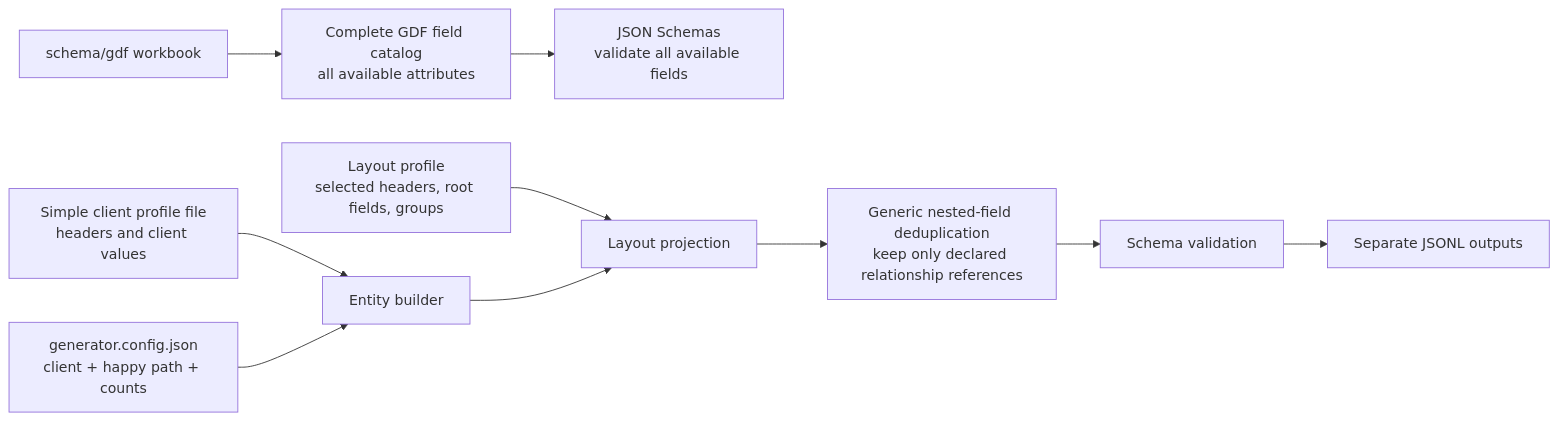
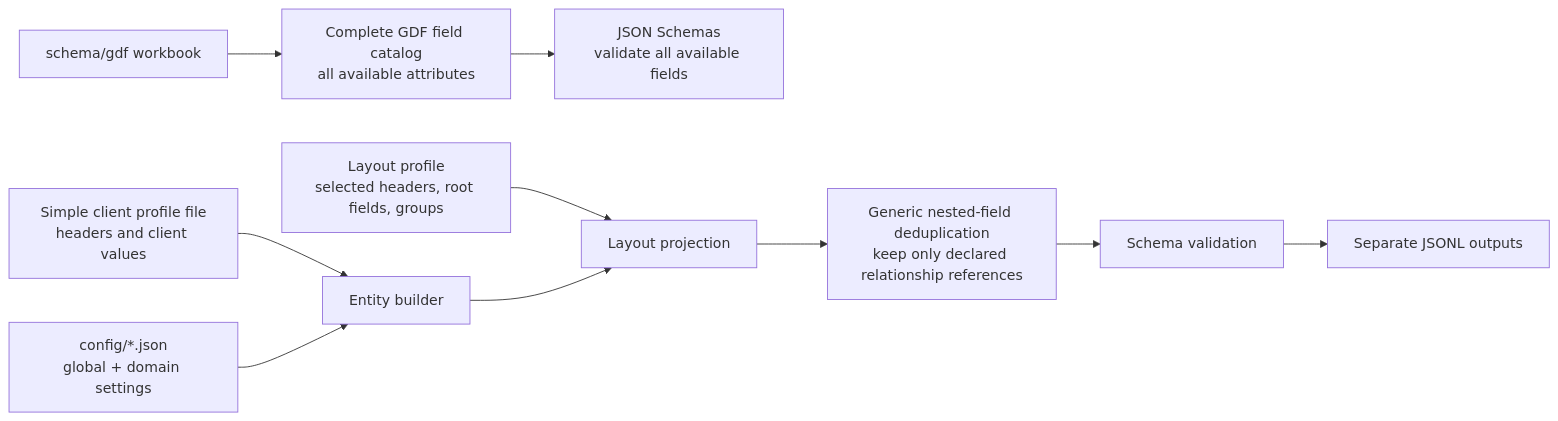
The diagram in README.md (gaganpandey58/test-data-generator), drawn with Mermaid before and after one commit. The commit also changed other lines of this file and 14 other files, not shown here.

First line of the commit message:
chore(config): remove `member-provider-claims-key-survivorship.json` configuration file

````diff
--- a/README.md
+++ b/README.md
@@ -28,12 +28,12 @@
 ```mermaid
 flowchart LR
     A["schema/gdf workbook"] --> B["Complete GDF field catalog<br/>all available attributes"]
     B --> C["JSON Schemas<br/>validate all available fields"]
     D["Simple client profile file<br/>headers and client values"] --> F["Entity builder"]
     E["Layout profile<br/>selected headers, root fields, groups"] --> G["Layout projection"]
     F --> G
     G --> H["Generic nested-field deduplication<br/>keep only declared relationship references"]
     H --> I["Schema validation"]
     I --> J["Separate JSONL outputs"]
-    K["generator.config.json<br/>client + happy path + counts"] --> F
+    K["config/*.json<br/>global + domain settings"] --> F
 ```
````
